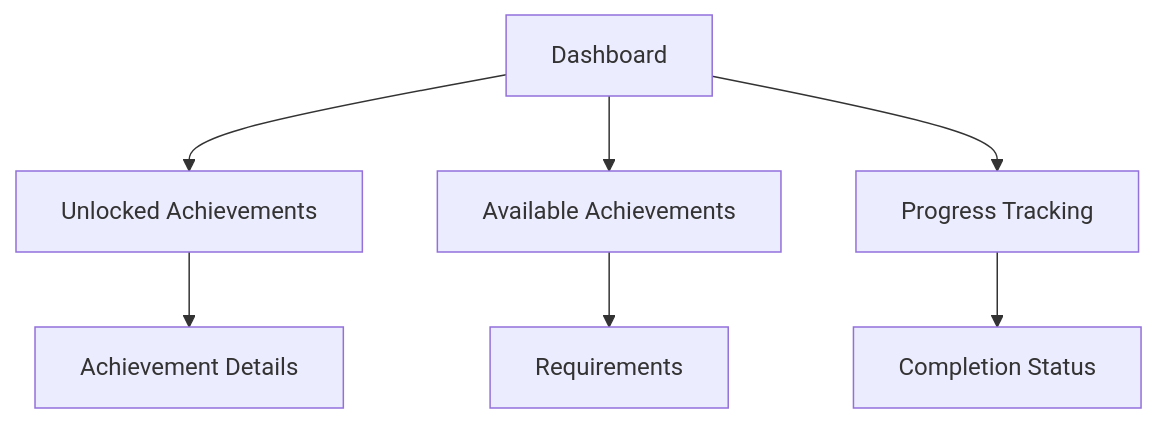
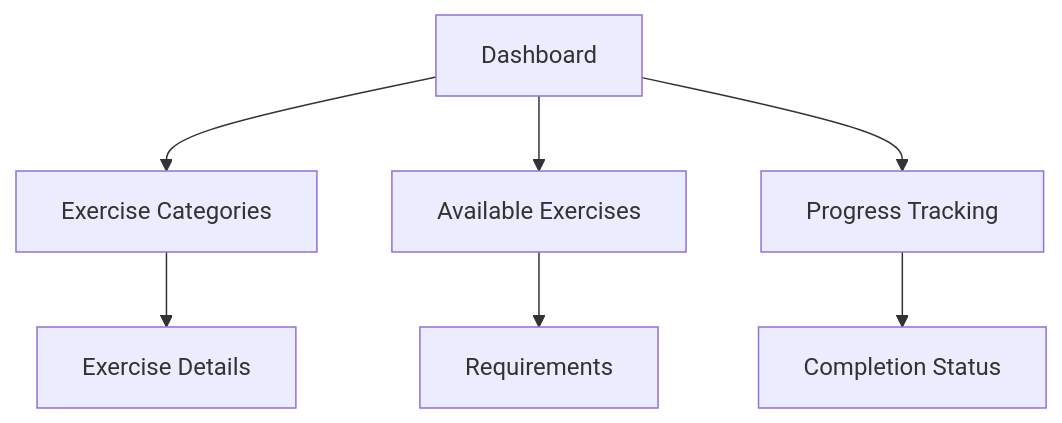
One commit to d3velopm3nt/pump-workout changed the third of 9 diagrams in README.md. Above: the diagram before and after it, drawn with Mermaid. The commit also changed other lines of this file, not shown here.

````diff
--- a/README.md
+++ b/README.md
@@ -8,9 +70,9 @@
 ```mermaid
 graph TD
-    A[Dashboard] --> B[Unlocked Achievements]
-    A --> C[Available Achievements]
+    A[Dashboard] --> B[Exercise Categories]
+    A --> C[Available Exercises]
     A --> D[Progress Tracking]
-    B --> E[Achievement Details]
+    B --> E[Exercise Details]
     C --> F[Requirements]
     D --> G[Completion Status]
 ```
````
